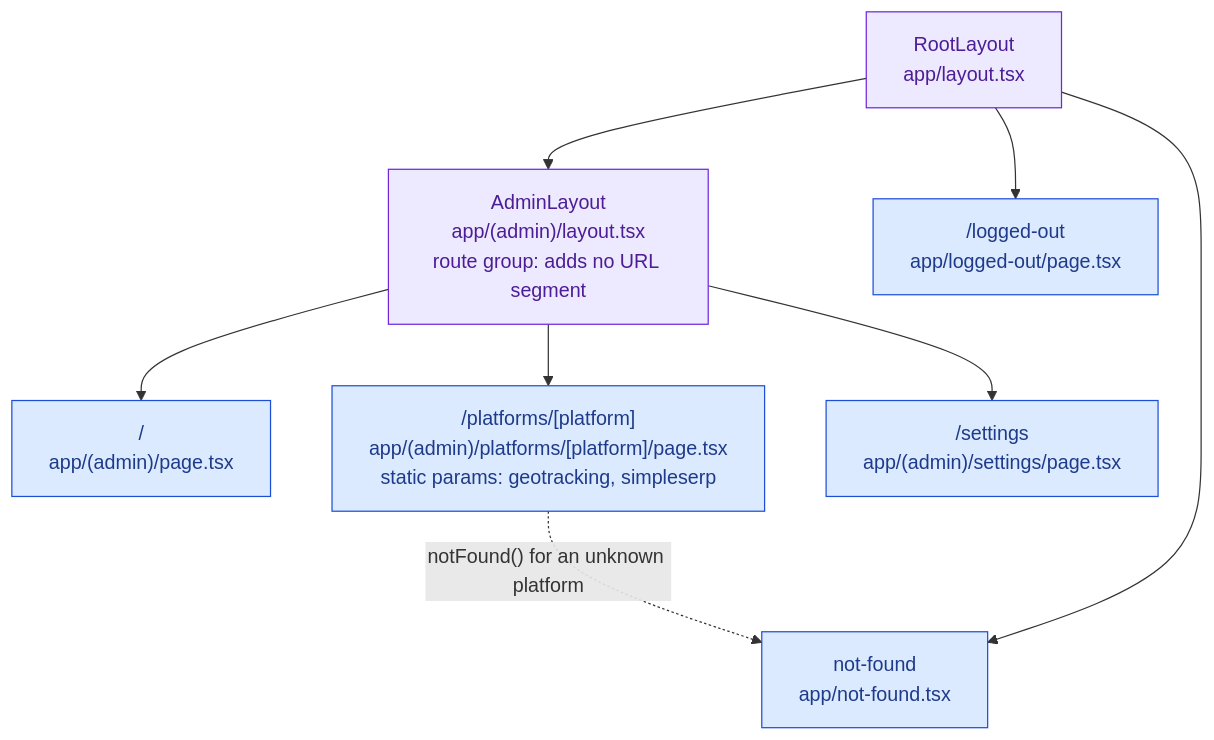
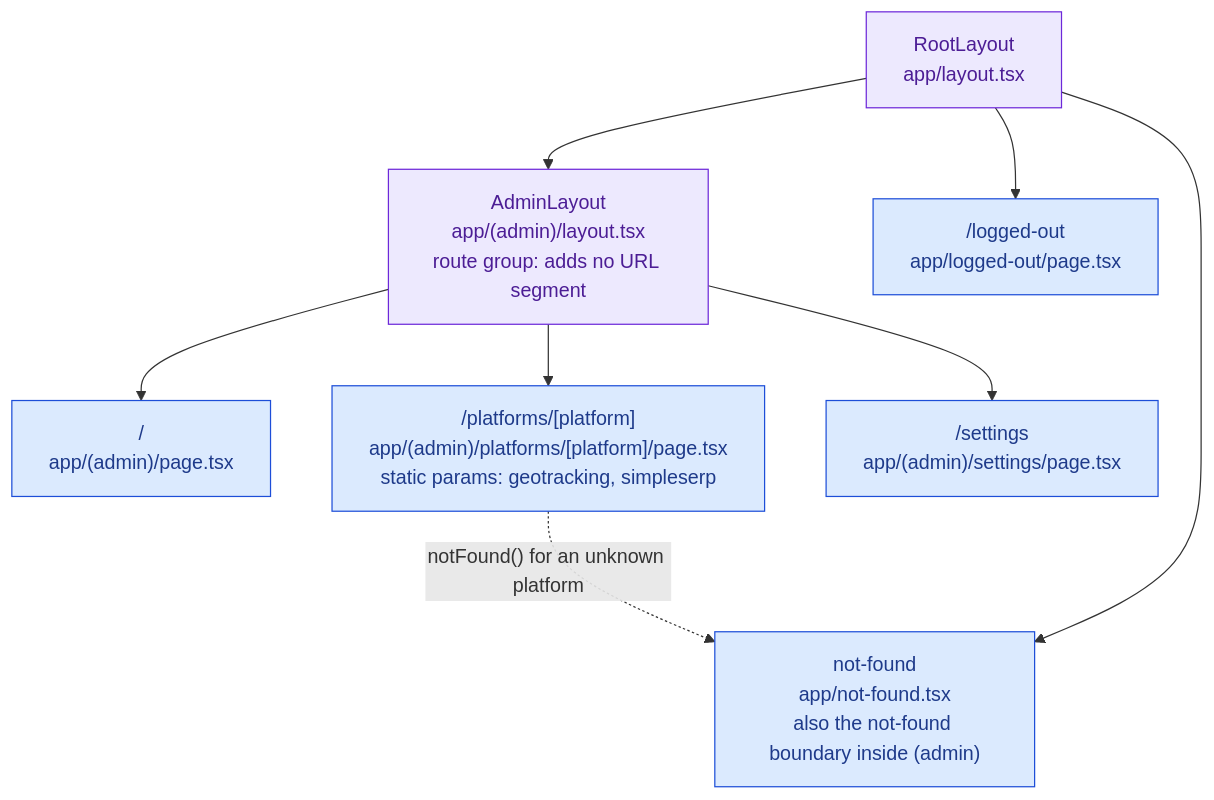
The fifth of 13 diagrams in apps/admin/docs/architecture.md (AlberteViendahl/feedback), drawn with Mermaid before and after one commit. The commit also changed other lines of this file and 4 other files, not shown here.

First line of the commit message:
Fix not-found page inside the admin frame

````diff
--- a/apps/admin/docs/architecture.md
+++ b/apps/admin/docs/architecture.md
@@ -154,26 +157,26 @@
 ```mermaid
 flowchart TD
   Root["RootLayout<br/>app/layout.tsx"]:::layout
 
   Admin["AdminLayout<br/>app/(admin)/layout.tsx<br/>route group: adds no URL segment"]:::layout
   LoggedOut["/logged-out<br/>app/logged-out/page.tsx"]:::page
-  NotFound["not-found<br/>app/not-found.tsx"]:::page
+  NotFound["not-found<br/>app/not-found.tsx<br/>also the not-found boundary inside (admin)"]:::page
 
   Home["/<br/>app/(admin)/page.tsx"]:::page
   Platform["/platforms/[platform]<br/>app/(admin)/platforms/[platform]/page.tsx<br/>static params: geotracking, simpleserp"]:::page
   Settings["/settings<br/>app/(admin)/settings/page.tsx"]:::page
 
   Root --> Admin
   Root --> LoggedOut
   Root --> NotFound
   Admin --> Home
   Admin --> Platform
   Admin --> Settings
   Platform -. "notFound() for an unknown platform" .-> NotFound
 
   classDef page fill:#DBEAFE,stroke:#1D4ED8,color:#1E3A8A
   classDef layout fill:#EDE9FE,stroke:#6D28D9,color:#4C1D95
   classDef component fill:#DCFCE7,stroke:#15803D,color:#14532D
   classDef store fill:#FFEDD5,stroke:#C2410C,color:#7C2D12
   classDef mock fill:#F3F4F6,stroke:#4B5563,color:#1F2937,stroke-dasharray:4 3
 ```
````
